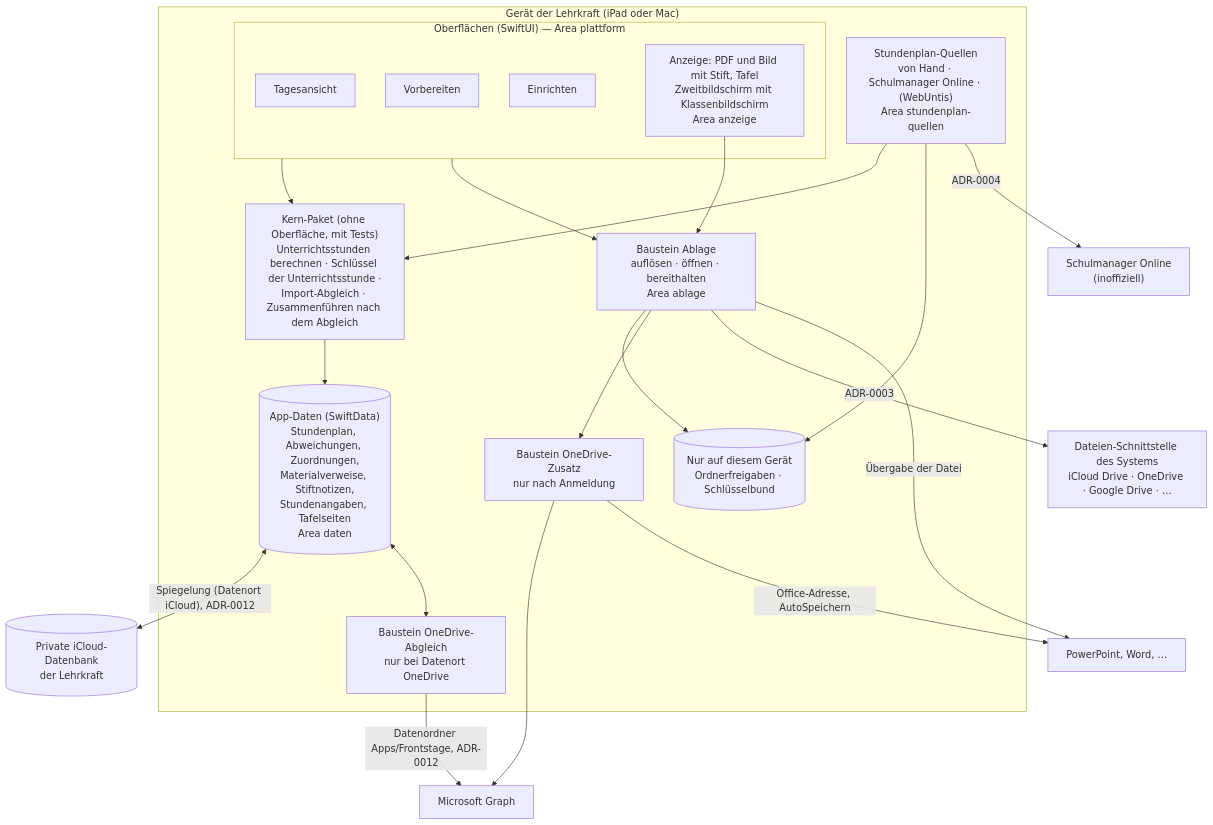
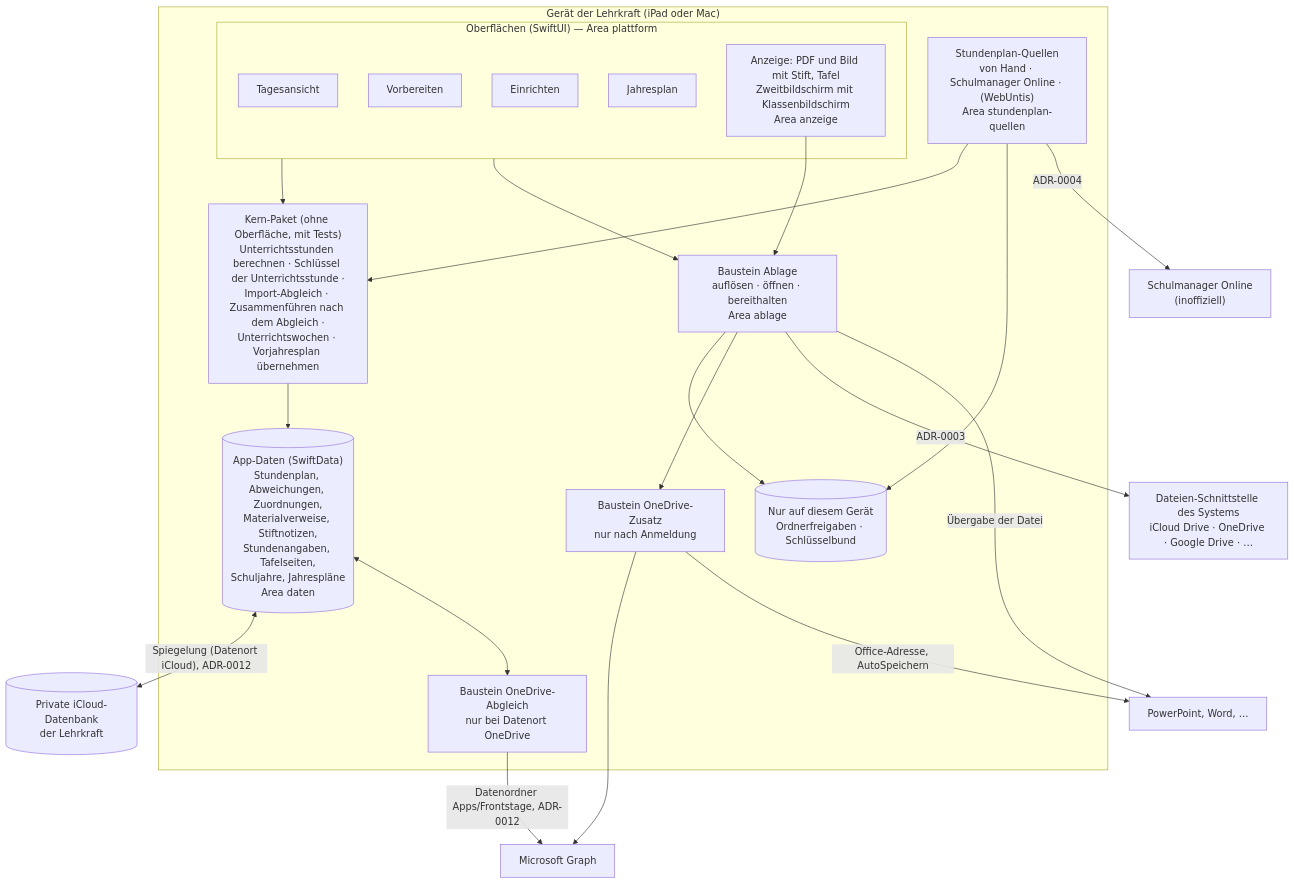
The diagram in docs/ARCHITECTURE.md (andreasgrathwohl/Tagesmappe), drawn with Mermaid before and after one commit. The commit also changed other lines of this file and 8 other files, not shown here.

````diff
--- a/docs/ARCHITECTURE.md
+++ b/docs/ARCHITECTURE.md
@@ -21,41 +21,42 @@
 ```mermaid
 flowchart TB
     subgraph Geraet["Gerät der Lehrkraft (iPad oder Mac)"]
         subgraph UI["Oberflächen (SwiftUI) — Area plattform"]
             Tag["Tagesansicht"]
             Vorb["Vorbereiten"]
             Einr["Einrichten"]
+            Jahr["Jahresplan"]
             Anz["Anzeige: PDF und Bild mit Stift, Tafel<br/>Zweitbildschirm mit Klassenbildschirm<br/>Area anzeige"]
         end
-        Kern["Kern-Paket (ohne Oberfläche, mit Tests)<br/>Unterrichtsstunden berechnen · Schlüssel der Unterrichtsstunde ·<br/>Import-Abgleich · Zusammenführen nach dem Abgleich"]
-        Daten[("App-Daten (SwiftData)<br/>Stundenplan, Abweichungen, Zuordnungen,<br/>Materialverweise, Stiftnotizen,<br/>Stundenangaben, Tafelseiten<br/>Area daten")]
+        Kern["Kern-Paket (ohne Oberfläche, mit Tests)<br/>Unterrichtsstunden berechnen · Schlüssel der Unterrichtsstunde ·<br/>Import-Abgleich · Zusammenführen nach dem Abgleich ·<br/>Unterrichtswochen · Vorjahresplan übernehmen"]
+        Daten[("App-Daten (SwiftData)<br/>Stundenplan, Abweichungen, Zuordnungen,<br/>Materialverweise, Stiftnotizen,<br/>Stundenangaben, Tafelseiten,<br/>Schuljahre, Jahrespläne<br/>Area daten")]
         Lokal[("Nur auf diesem Gerät<br/>Ordnerfreigaben · Schlüsselbund")]
         Abl["Baustein Ablage<br/>auflösen · öffnen · bereithalten<br/>Area ablage"]
         OD["Baustein OneDrive-Zusatz<br/>nur nach Anmeldung"]
         DOD["Baustein OneDrive-Abgleich<br/>nur bei Datenort OneDrive"]
         Quel["Stundenplan-Quellen<br/>von Hand · Schulmanager Online · (WebUntis)<br/>Area stundenplan-quellen"]
     end
 
     iCloud[("Private iCloud-Datenbank<br/>der Lehrkraft")]
     Files["Dateien-Schnittstelle des Systems<br/>iCloud Drive · OneDrive · Google Drive · …"]
     Office["PowerPoint, Word, …"]
     Graph["Microsoft Graph"]
     SM["Schulmanager Online<br/>(inoffiziell)"]
 
     UI --> Kern
     Kern --> Daten
     UI --> Abl
     Anz --> Abl
     Abl --> Lokal
     Abl --> OD
     Quel --> Kern
     Quel --> Lokal
     Daten <-- "Spiegelung (Datenort iCloud), ADR-0012" --> iCloud
     Daten <--> DOD
     DOD -- "Datenordner Apps/Frontstage, ADR-0012" --> Graph
     Abl -- "ADR-0003" --> Files
     Abl -- "Übergabe der Datei" --> Office
     OD --> Graph
     OD -- "Office-Adresse, AutoSpeichern" --> Office
     Quel -- "ADR-0004" --> SM
 ```
````
